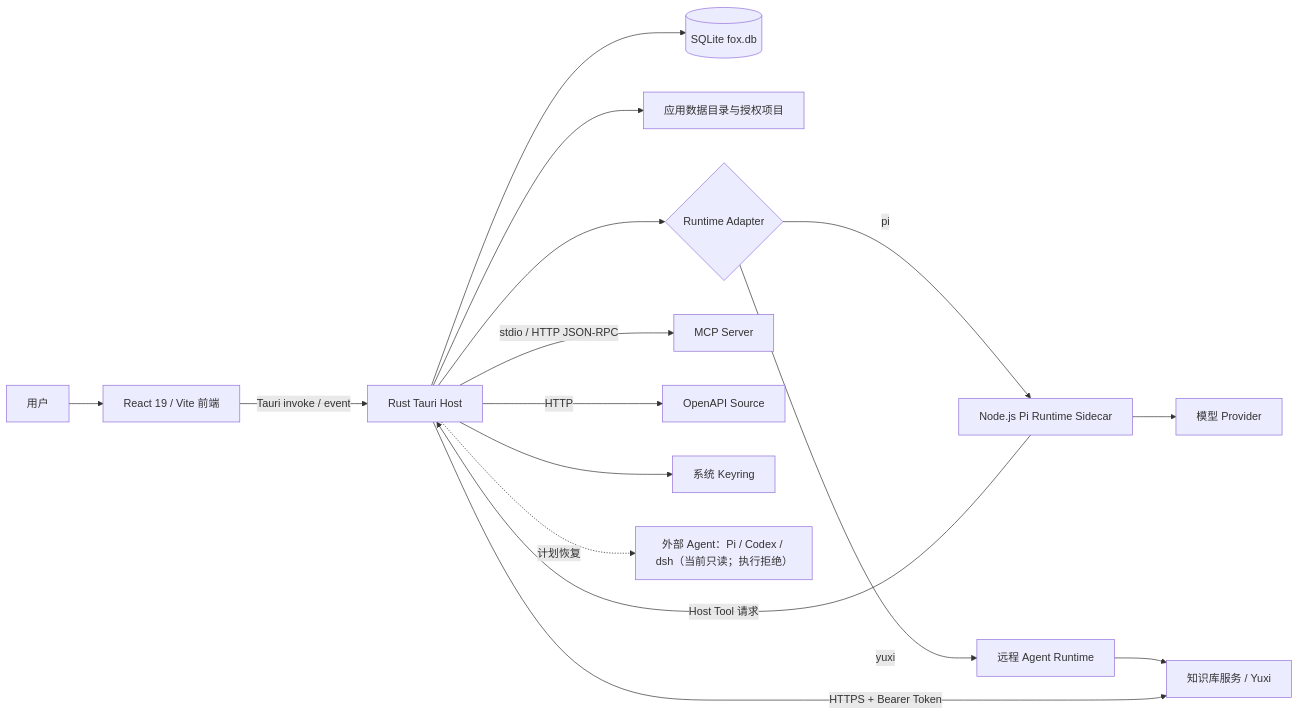
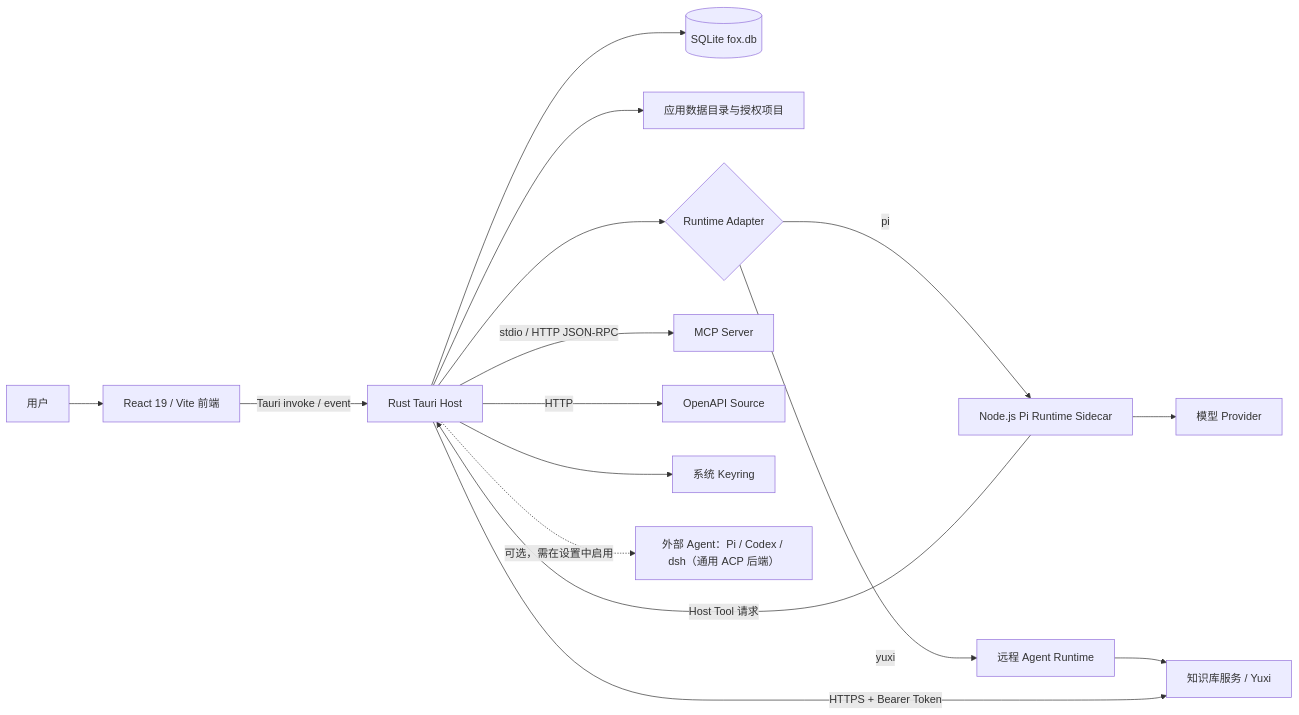
One commit to Hry1729/Fox-Agent changed the first of 2 diagrams in docs/02-架构/总体架构.md. Above: the diagram before and after it, drawn with Mermaid. The commit also changed other lines of this file and 20 other files, not shown here.

````diff
--- a/docs/02-架构/总体架构.md
+++ b/docs/02-架构/总体架构.md
@@ -18,18 +18,18 @@
 ```mermaid
 flowchart LR
     U["用户"] --> UI["React 19 / Vite 前端"]
     UI -->|"Tauri invoke / event"| HOST["Rust Tauri Host"]
     HOST --> DB[("SQLite fox.db")]
     HOST --> FS["应用数据目录与授权项目"]
     HOST --> ROUTER{"Runtime Adapter"}
     ROUTER -->|"pi"| PI["Node.js Pi Runtime Sidecar"]
     ROUTER -->|"yuxi"| YRUN["远程 Agent Runtime"]
     PI --> MODEL["模型 Provider"]
     PI -->|"Host Tool 请求"| HOST
     YRUN --> KB["知识库服务 / Yuxi"]
     HOST -->|"HTTPS + Bearer Token"| KB
     HOST -->|"stdio / HTTP JSON-RPC"| MCP["MCP Server"]
     HOST -->|"HTTP"| OPENAPI["OpenAPI Source"]
     HOST --> KEY["系统 Keyring"]
-    HOST -.->|"计划恢复"| EXT["外部 Agent：Pi / Codex / dsh（当前只读；执行拒绝）"]
+    HOST -.->|"可选，需在设置中启用"| EXT["外部 Agent：Pi / Codex / dsh（通用 ACP 后端）"]
 ```
````
